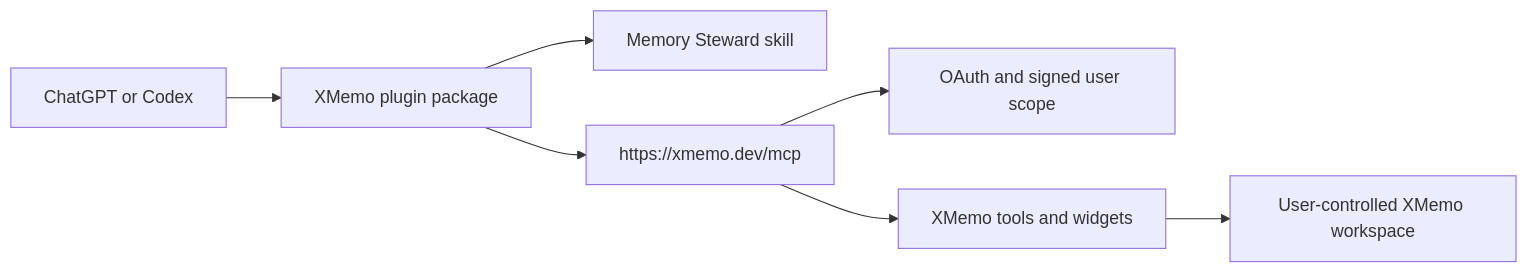
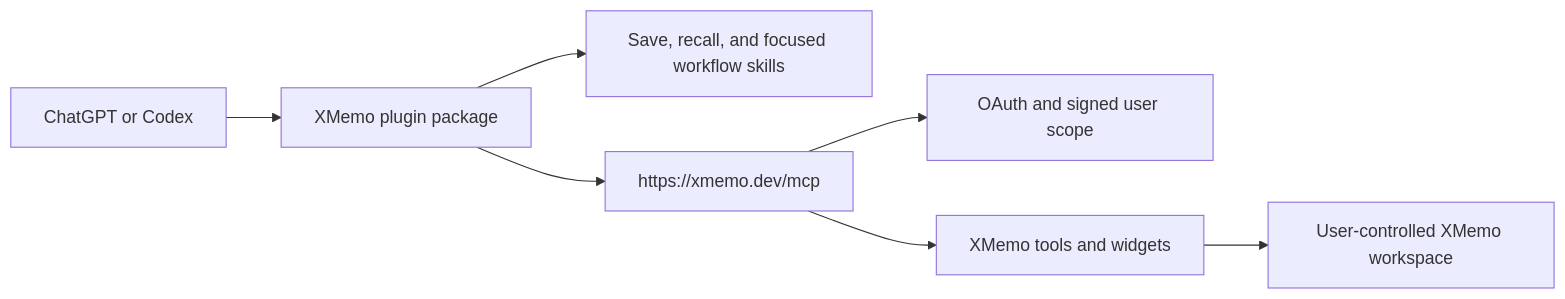
The diagram in README.md (yonro/xmemo-chatgpt-plugin), drawn with Mermaid before and after one commit. The commit also changed other lines of this file and 12 other files, not shown here.

Commit message:
Add dedicated save and recall memory skills to 1.0.2 (#3)

````diff
--- a/README.md
+++ b/README.md
@@ -55,9 +61,9 @@
 ```mermaid
 flowchart LR
     A["ChatGPT or Codex"] --> P["XMemo plugin package"]
-    P --> S["Memory Steward skill"]
+    P --> S["Save, recall, and focused workflow skills"]
     P --> M["https://xmemo.dev/mcp"]
     M --> O["OAuth and signed user scope"]
     M --> T["XMemo tools and widgets"]
     T --> D["User-controlled XMemo workspace"]
 ```
````
